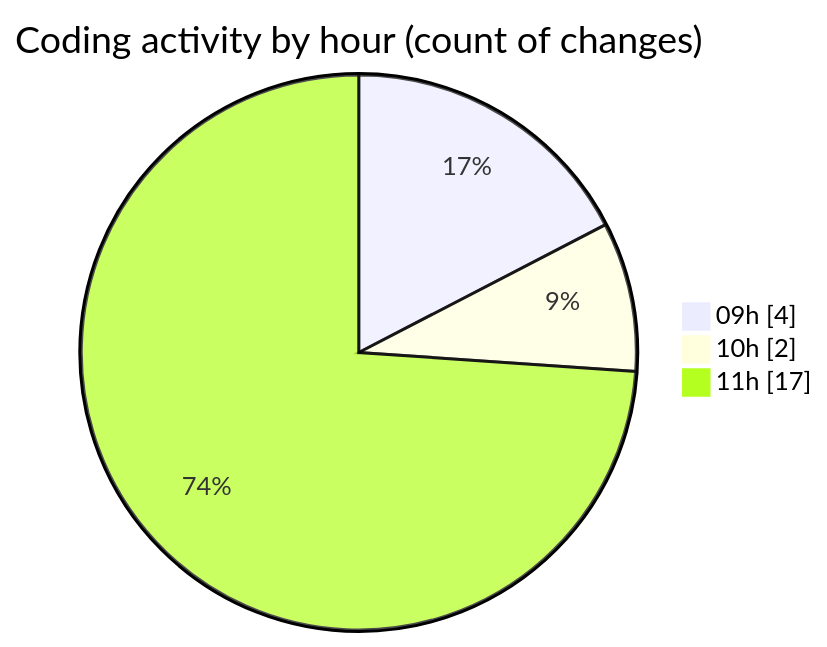
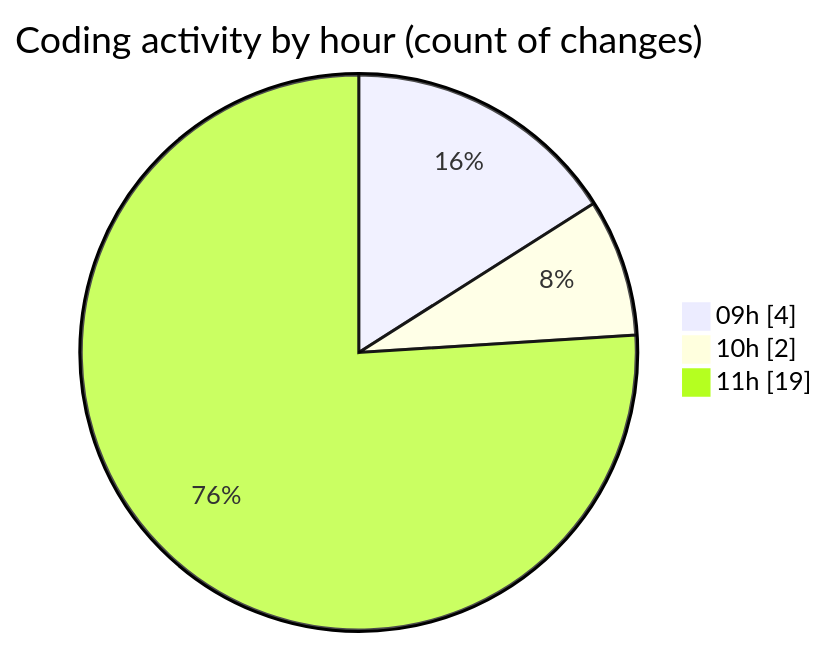
Before and after one commit to Elitesun/code-tracking: the second of 2 diagrams in 2025-05-03/niten/README.md, drawn with Mermaid. The commit also changed other lines of this file and 1 other file, not shown here.

````diff
--- a/2025-05-03/niten/README.md
+++ b/2025-05-03/niten/README.md
@@ -31,7 +31,7 @@
 ```mermaid
 pie showData
 title Coding activity by hour (count of changes)
 "09h" : 4
 "10h" : 2
-"11h" : 17
+"11h" : 19
 ```
````
